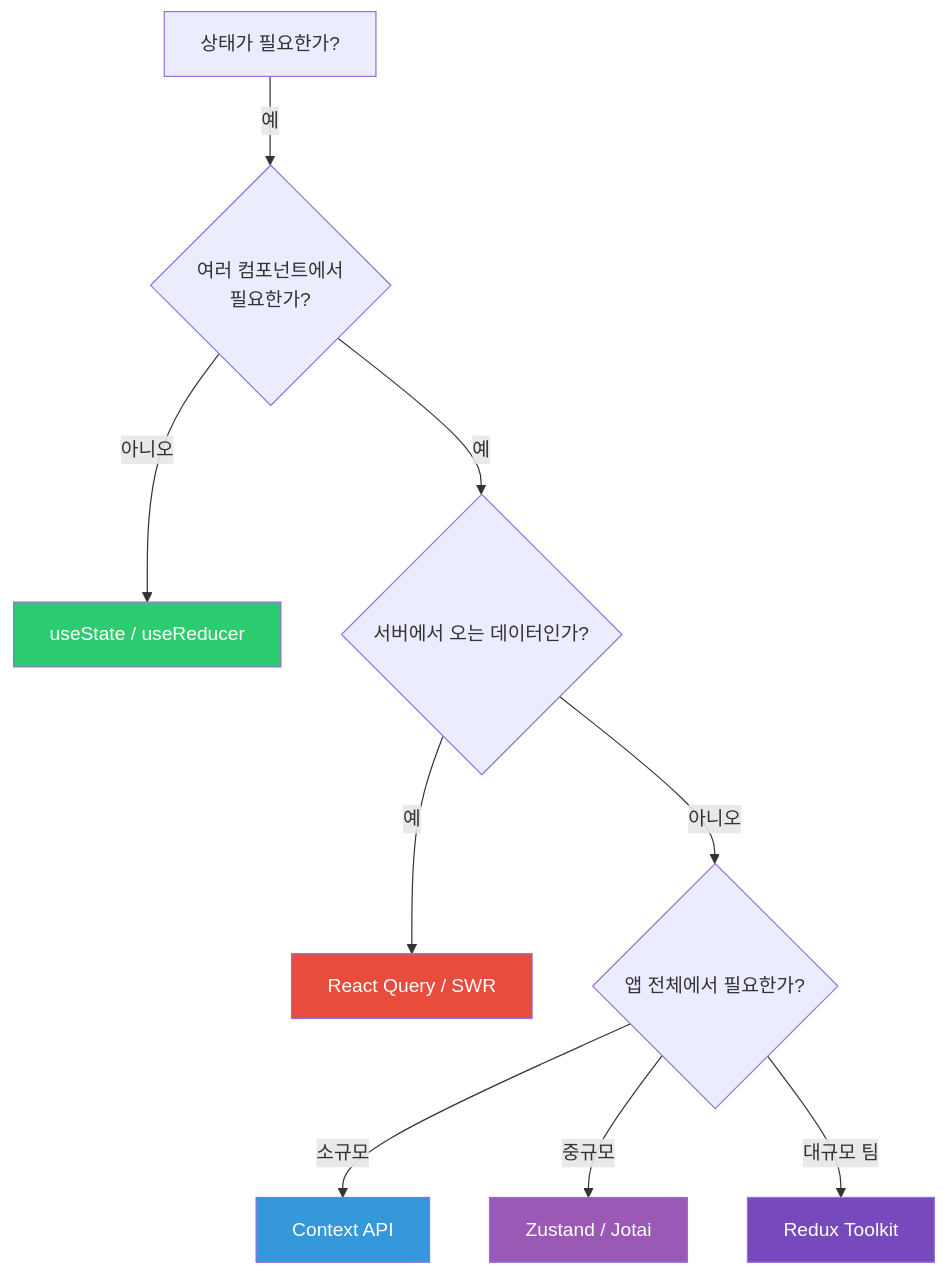
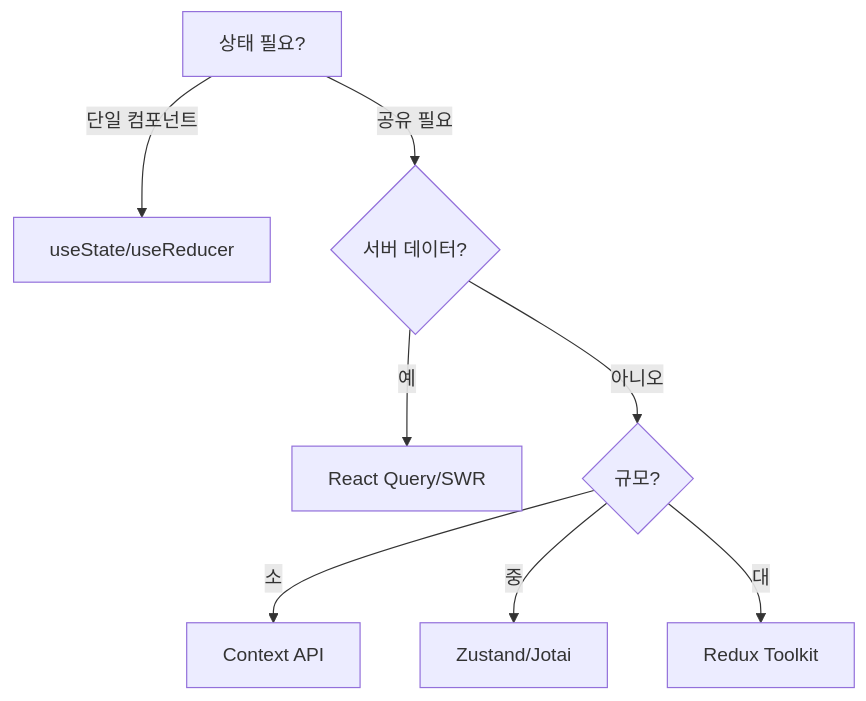
Before and after one commit to yjkim2015/yjkim2015.github.io: the fifth of 5 diagrams in _posts/frontend/2026-05-02-react-state-management.md, drawn with Mermaid. The commit also changed other lines of this file and 215 other files, not shown here.

First line of the commit message:
신규 포스트 10개 추가 + Mermaid 전면 축소 + SystemDesign 시리즈 보강

````diff
--- a/_posts/frontend/2026-05-02-react-state-management.md
+++ b/_posts/frontend/2026-05-02-react-state-management.md
@@ -396,17 +368,10 @@
 ```mermaid
 flowchart TD
-    A["상태가 필요한가?"] -->|"예"| B{"여러 컴포넌트에서<br>필요한가?"}
-    B -->|"아니오"| C["useState / useReducer"]
-    B -->|"예"| D{"서버에서 오는 데이터인가?"}
-    D -->|"예"| E["React Query / SWR"]
-    D -->|"아니오"| F{"앱 전체에서 필요한가?"}
-    F -->|"소규모"| G[Context API]
-    F -->|"중규모"| H["Zustand / Jotai"]
-    F -->|"대규모 팀"| I[Redux Toolkit]
-
-    style C fill:#2ecc71,color:#fff
-    style E fill:#e74c3c,color:#fff
-    style G fill:#3498db,color:#fff
-    style H fill:#9b59b6,color:#fff
-    style I fill:#764abc,color:#fff
+    A["상태 필요?"] -->|"단일 컴포넌트"| C["useState/useReducer"]
+    A -->|"공유 필요"| D{"서버 데이터?"}
+    D -->|"예"| E["React Query/SWR"]
+    D -->|"아니오"| F{"규모?"}
+    F -->|"소"| G["Context API"]
+    F -->|"중"| H["Zustand/Jotai"]
+    F -->|"대"| I["Redux Toolkit"]
 ```
````
